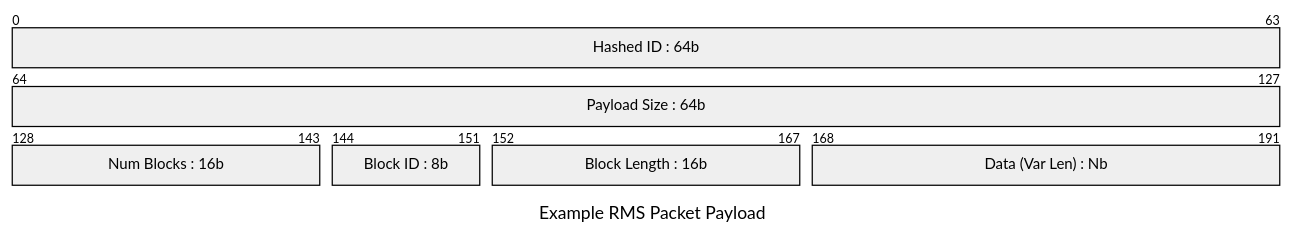
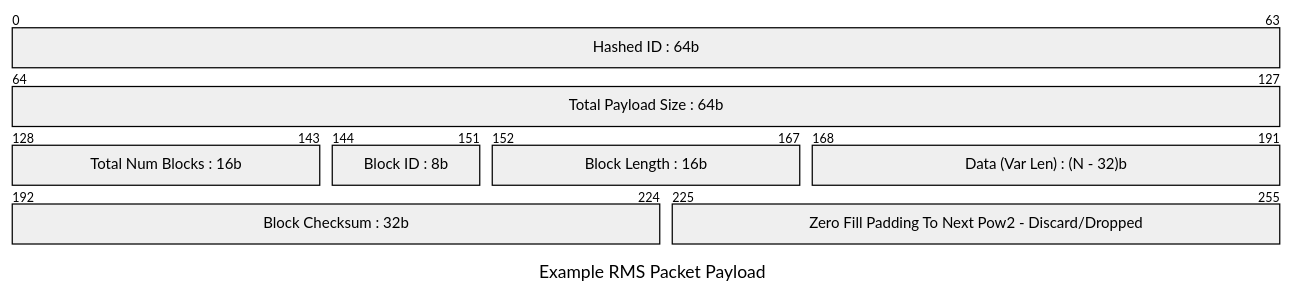
One commit to Rackhamn/iot_arch_project1 changed the third of 4 diagrams in README.md. Above: the diagram before and after it, drawn with Mermaid. The commit also changed other lines of this file, not shown here.

````diff
--- a/README.md
+++ b/README.md
@@ -122,20 +134,22 @@
 ```mermaid
 ---
 title: "Example RMS Packet Payload"
 config:
     packet:
         rowHeight: 32
         bitWidth: 16
         bitsPerRow: 64
         showBits: true
         paddingX: 10
         paddingY: 5
 ---
  packet-beta
     0-63: "Hashed ID : 64b"
-    64-127: "Payload Size : 64b" 
-    128-143: "Num Blocks : 16b"
+    64-127: "Total Payload Size : 64b" 
+    128-143: "Total Num Blocks : 16b"
     144-151: "Block ID : 8b"
     152-167: "Block Length : 16b"
-    168-191: "Data (Var Len) : Nb"
+    168-191: "Data (Var Len) : (N - 32)b"
+    192-224: "Block Checksum : 32b"
+    225-255: "Zero Fill Padding To Next Pow2 - Discard/Dropped"
 ```
````
